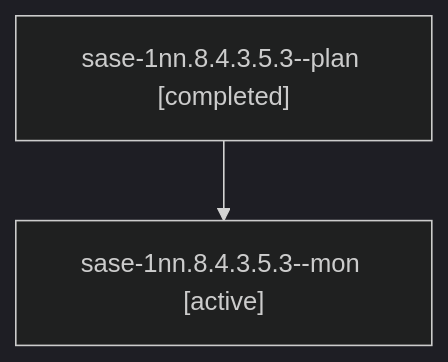
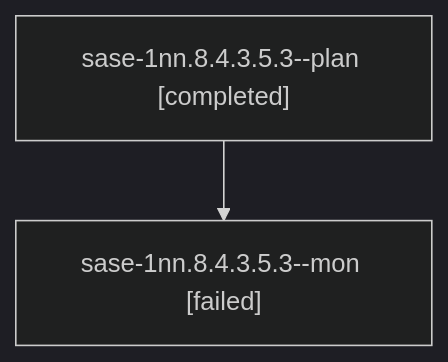
The diagram in sessions/bbugyi200.athena.sase-1nn.8.4.3.5.3.md (sase-org/sase--agents), drawn with Mermaid (dark theme) before and after one commit. The commit also changed other lines of this file and 139 other files, not shown here.

````diff
--- a/sessions/bbugyi200.athena.sase-1nn.8.4.3.5.3.md
+++ b/sessions/bbugyi200.athena.sase-1nn.8.4.3.5.3.md
@@ -9,6 +9,6 @@
 ```mermaid
 flowchart TD
   n0["sase-1nn.8.4.3.5.3--plan [completed]"]
-  n1["sase-1nn.8.4.3.5.3--mon [active]"]
+  n1["sase-1nn.8.4.3.5.3--mon [failed]"]
   n0 --> n1
 ```
````
